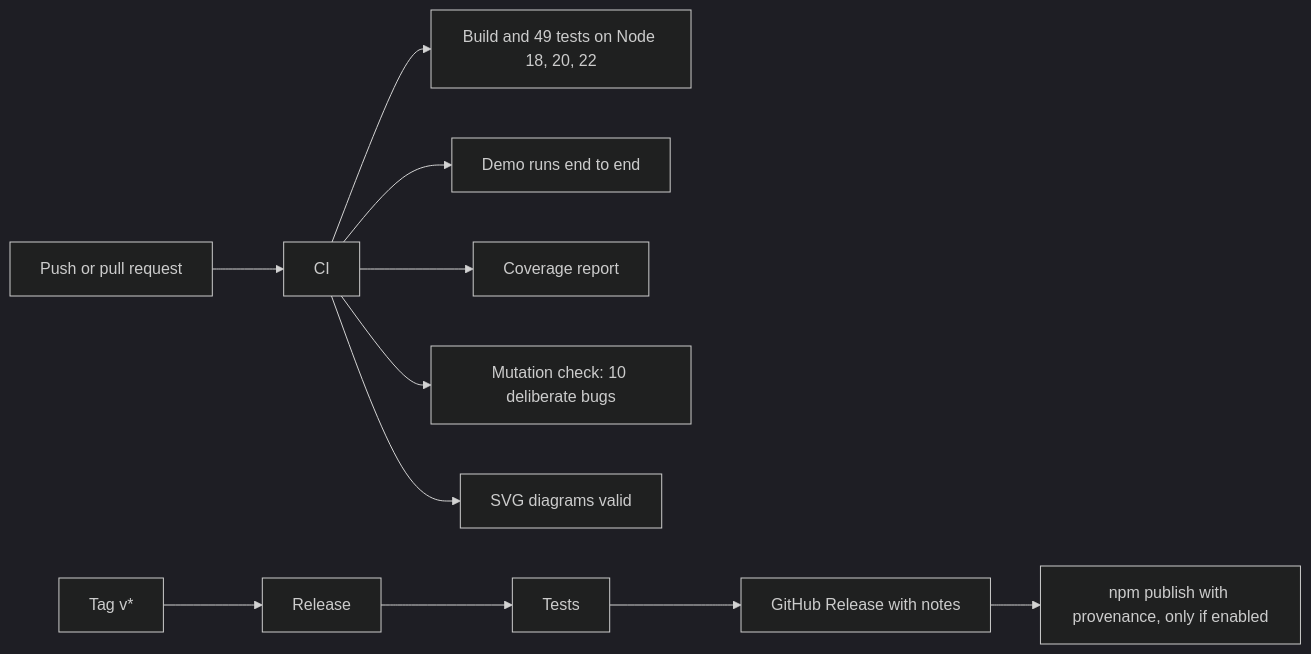
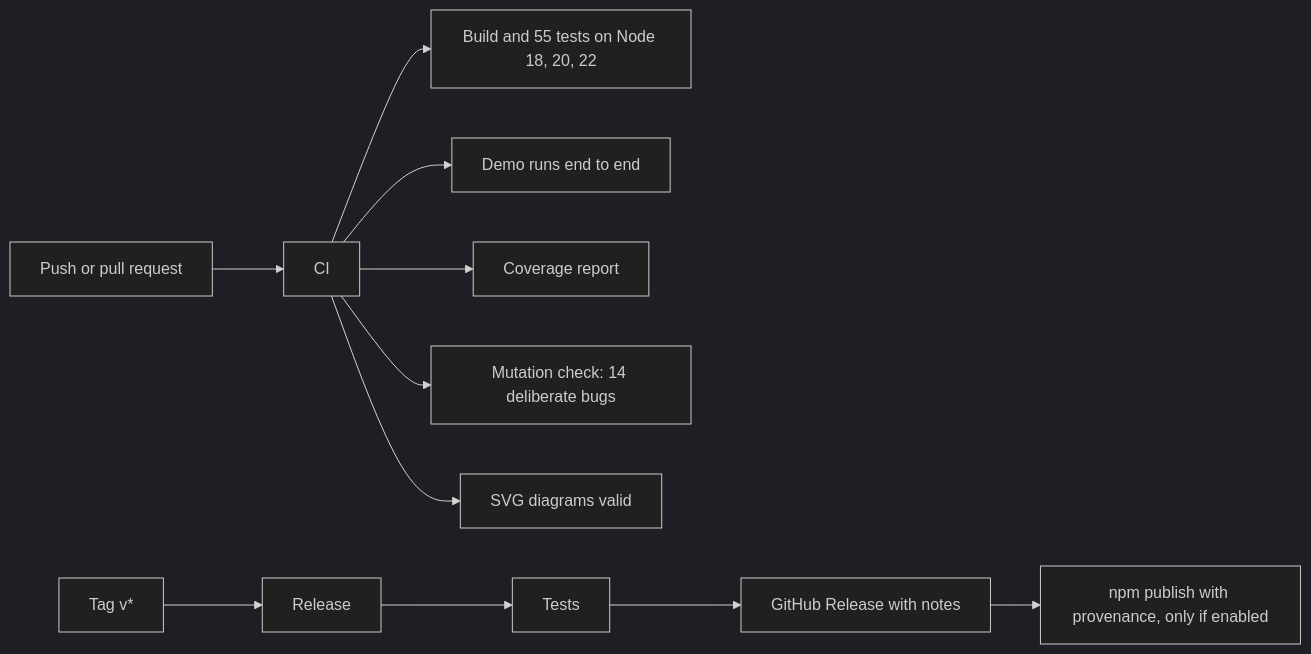
One commit to techsaurabh-394/mcp-safe-actions changed the third of 3 diagrams in README.md. Above: the diagram before and after it, drawn with Mermaid (dark theme). The commit also changed other lines of this file and 11 other files, not shown here.

````diff
--- a/README.md
+++ b/README.md
@@ -207,13 +208,13 @@
 ```mermaid
 flowchart LR
     A[Push or pull request] --> B[CI]
-    B --> B1[Build and 49 tests on Node 18, 20, 22]
+    B --> B1[Build and 55 tests on Node 18, 20, 22]
     B --> B2[Demo runs end to end]
     B --> B3[Coverage report]
-    B --> B4[Mutation check: 10 deliberate bugs]
+    B --> B4[Mutation check: 14 deliberate bugs]
     B --> B5[SVG diagrams valid]
     C[Tag v*] --> D[Release]
     D --> D1[Tests]
     D1 --> D2[GitHub Release with notes]
     D2 --> D3[npm publish with provenance, only if enabled]
 ```
````
